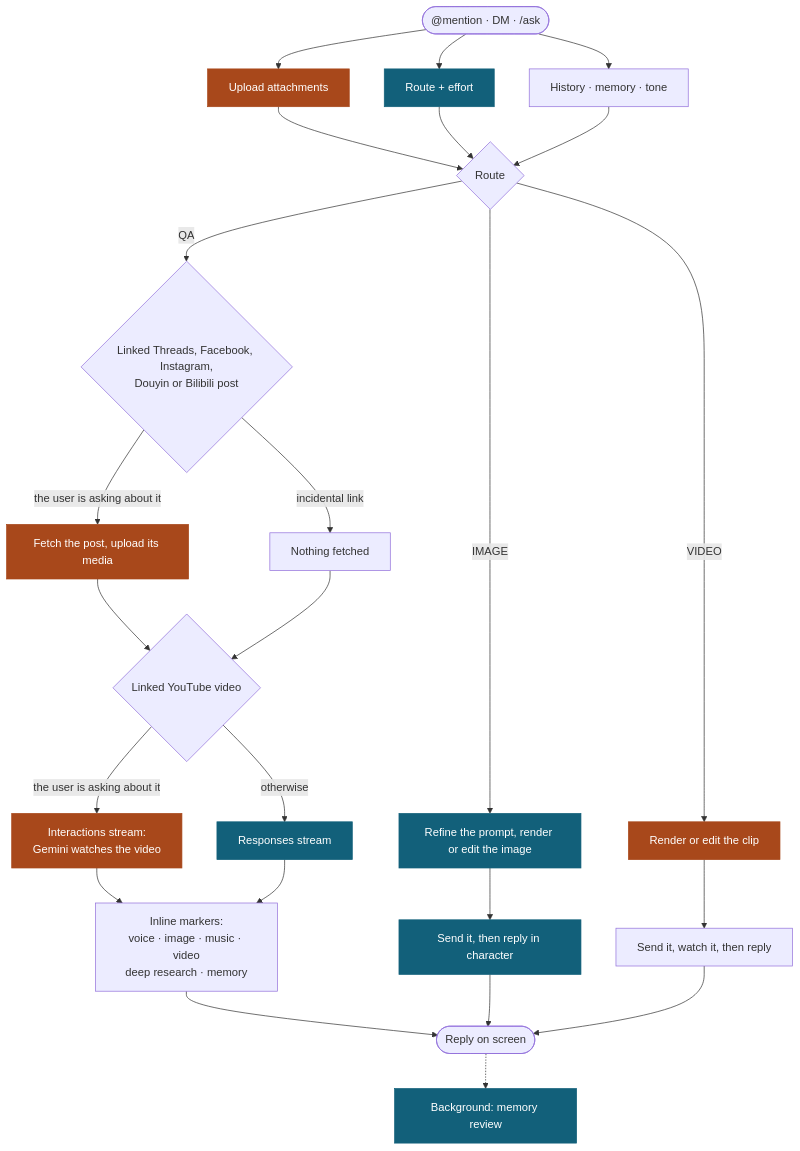
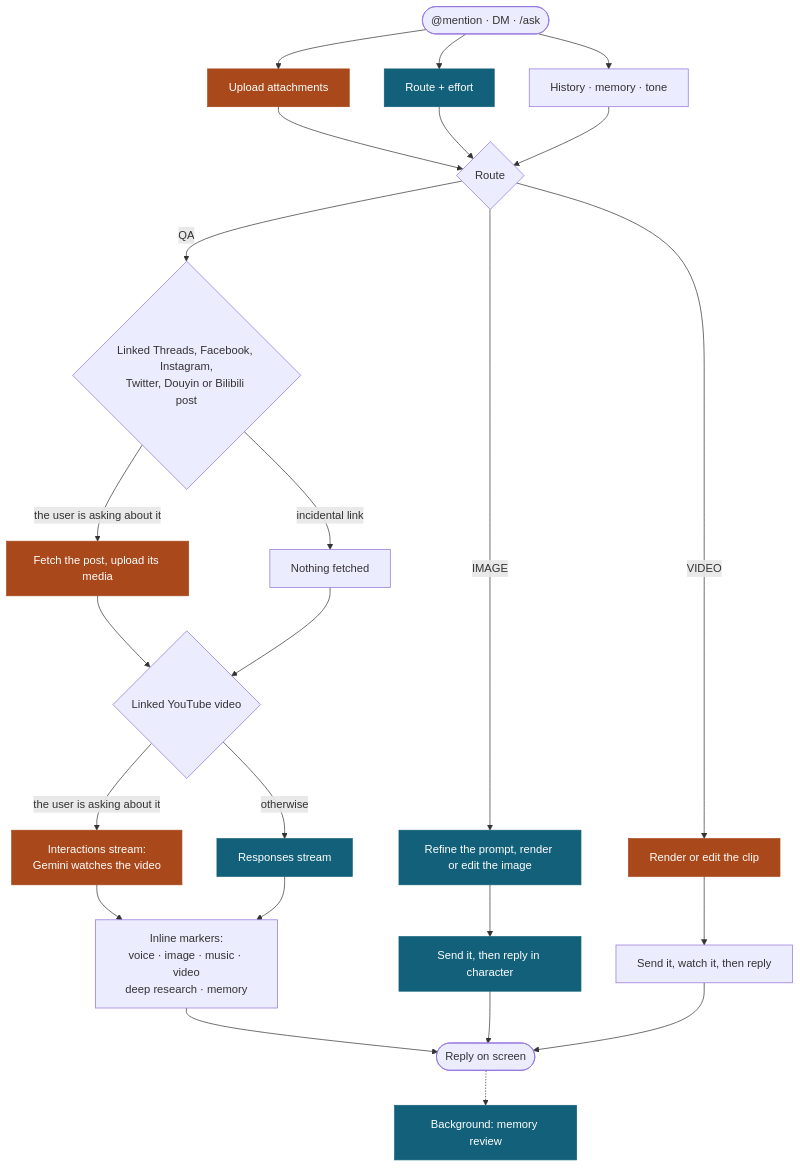
Before and after one commit to Mai0313/discordbot: the diagram in README.md, drawn with Mermaid. The commit also changed other lines of this file and 37 other files, not shown here.

````diff
--- a/README.md
+++ b/README.md
@@ -43,33 +43,33 @@
 ```mermaid
 flowchart TD
     U(["@mention · DM · /ask"]) --> UP & RT & CX
 
     UP["Upload attachments"]
     RT["Route + effort"]
     CX["History · memory · tone"]
 
     UP & RT & CX --> R{"Route"}
 
-    R -->|QA| L{"Linked Threads, Facebook, Instagram,<br/>Douyin or Bilibili post"}
+    R -->|QA| L{"Linked Threads, Facebook, Instagram,<br/>Twitter, Douyin or Bilibili post"}
     L -->|"the user is asking about it"| LF["Fetch the post, upload its media"]
     L -->|"incidental link"| LS["Nothing fetched"]
     LF & LS --> Y{"Linked YouTube video"}
     Y -->|"the user is asking about it"| YT["Interactions stream:<br/>Gemini watches the video"]
     Y -->|"otherwise"| QS["Responses stream"]
     YT & QS --> Q2["Inline markers:<br/>voice · image · music · video<br/>deep research · memory"]
 
     R -->|IMAGE| I1["Refine the prompt, render or edit the image"]
     I1 --> I2["Send it, then reply in character"]
     R -->|VIDEO| V1["Render or edit the clip"]
     V1 --> V2["Send it, watch it, then reply"]
 
     Q2 --> OUT(["Reply on screen"])
     I2 --> OUT
     V2 --> OUT
     OUT -.-> MM["Background: memory review"]
 
     classDef proxy fill:#12607a,stroke:#12607a,color:#ffffff
     classDef direct fill:#a8481b,stroke:#a8481b,color:#ffffff
     class RT,QS,I1,I2,MM proxy
     class UP,LF,YT,V1 direct
 ```
````
